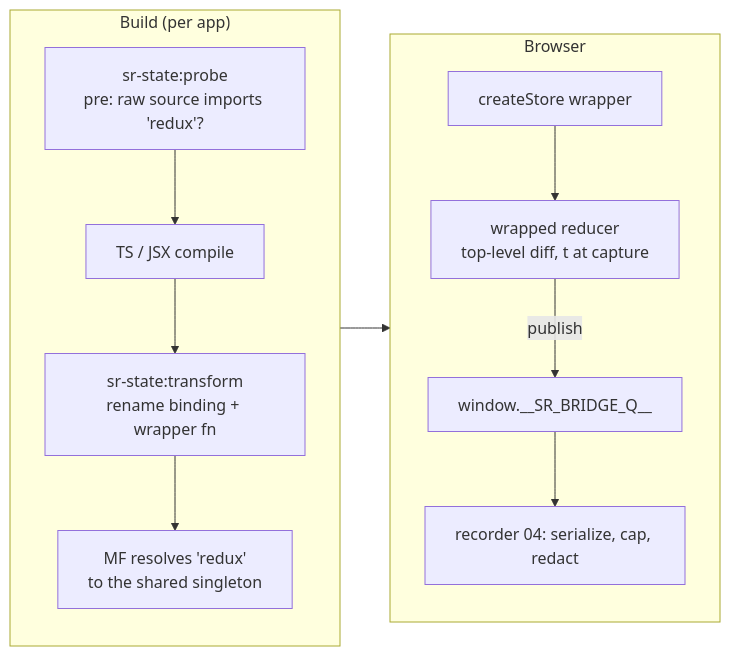
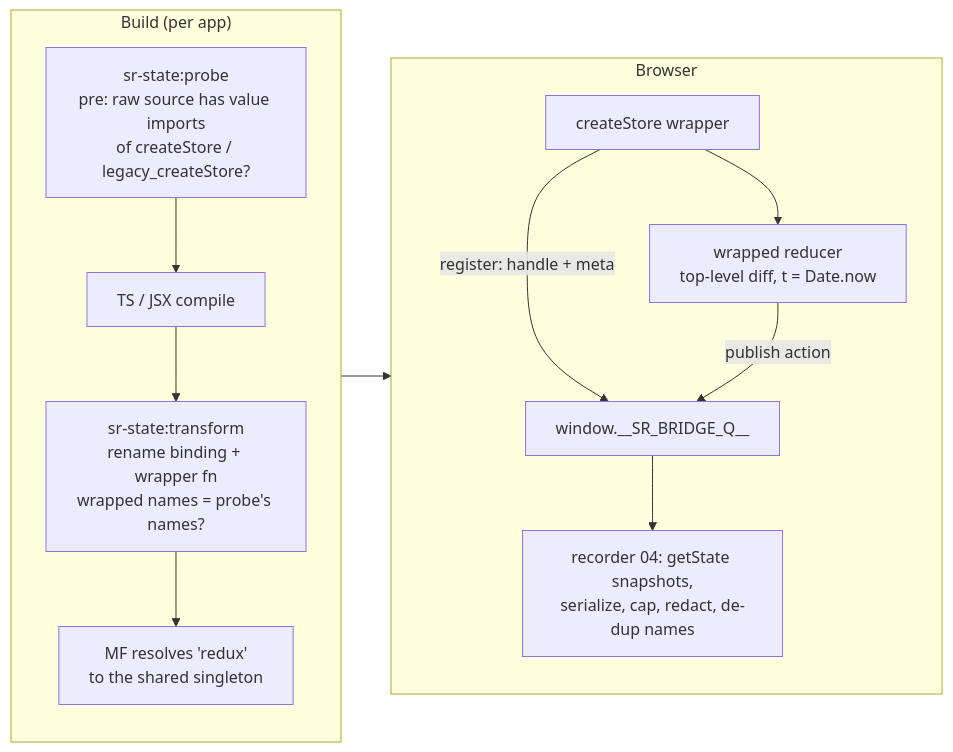
One commit to akhilshastri/session-replay changed the diagram in plan/07-state-plugin.md. Above: the diagram before and after it, drawn with Mermaid. The commit also changed other lines of this file and 9 other files, not shown here.

Commit message:
0008: architect + devil review merged - gate-only rate caps, stored-gzip chunks, raw client time, write key, two ports, ConfigMap admin, dependency scheduling; sub-plans revised

````diff
--- a/plan/07-state-plugin.md
+++ b/plan/07-state-plugin.md
@@ -38,14 +42,15 @@
 ```mermaid
 flowchart LR
   subgraph Build["Build (per app)"]
-    P[sr-state:probe<br/>pre: raw source imports 'redux'?] --> C[TS / JSX compile]
-    C --> T[sr-state:transform<br/>rename binding + wrapper fn]
+    P[sr-state:probe<br/>pre: raw source has value imports<br/>of createStore / legacy_createStore?] --> C[TS / JSX compile]
+    C --> T[sr-state:transform<br/>rename binding + wrapper fn<br/>wrapped names = probe's names?]
     T --> R[MF resolves 'redux'<br/>to the shared singleton]
   end
   subgraph Run["Browser"]
-    W[createStore wrapper] --> RD[wrapped reducer<br/>top-level diff, t at capture]
-    RD -->|publish| Q[window.__SR_BRIDGE_Q__]
-    Q --> REC[recorder 04: serialize, cap, redact]
+    W[createStore wrapper] -->|register: handle + meta| Q[window.__SR_BRIDGE_Q__]
+    W --> RD[wrapped reducer<br/>top-level diff, t = Date.now]
+    RD -->|publish action| Q
+    Q --> REC[recorder 04: getState snapshots,<br/>serialize, cap, redact, de-dup names]
   end
   Build --> Run
 ```
````
